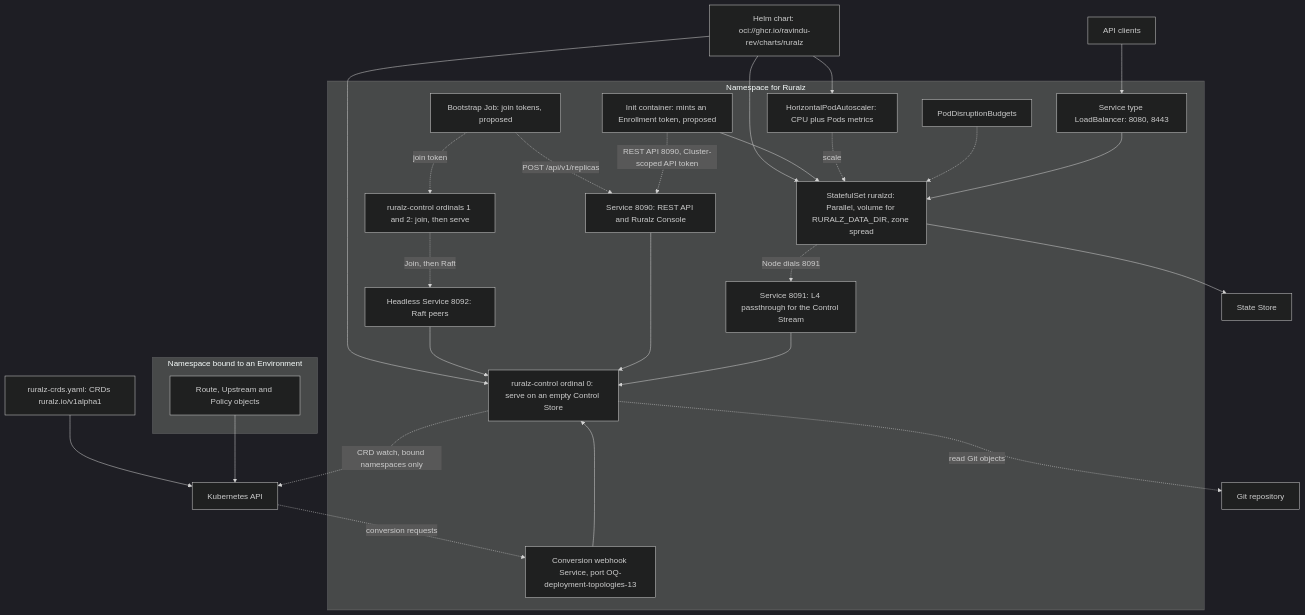
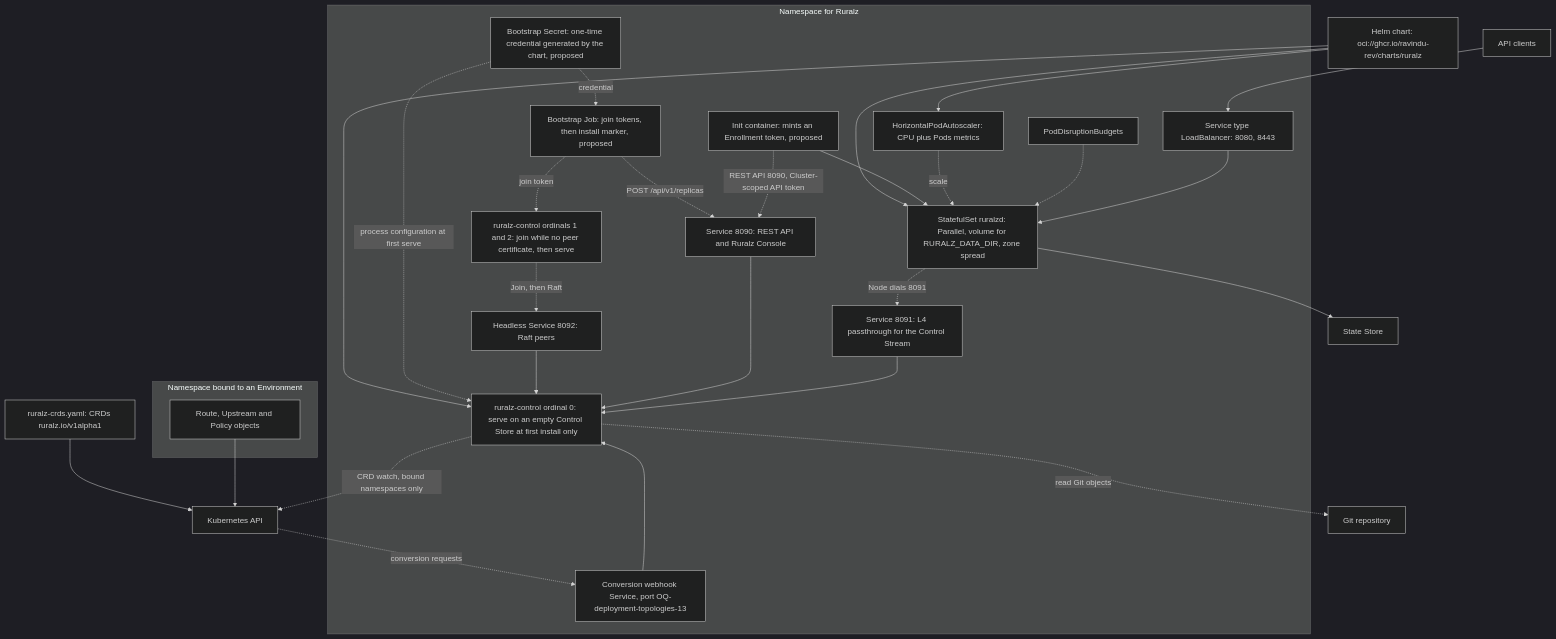
Before and after one commit to ravindu-rev/ruralz: the fourth of 7 diagrams in docs/operations/01-deployment-topologies.md, drawn with Mermaid (dark theme). The commit also changed other lines of this file and 12 other files, not shown here.

````diff
--- a/docs/operations/01-deployment-topologies.md
+++ b/docs/operations/01-deployment-topologies.md
@@ -209,49 +210,52 @@
 ```mermaid
 flowchart TB
     helm["Helm chart: oci://ghcr.io/ravindu-rev/charts/ruralz"]
     crds["ruralz-crds.yaml: CRDs ruralz.io/v1alpha1"]
     k8s["Kubernetes API"]
     git["Git repository"]
     clients["API clients"]
     subgraph sys["Namespace for Ruralz"]
-        c0["ruralz-control ordinal 0: serve on an empty Control Store"]
-        cn["ruralz-control ordinals 1 and 2: join, then serve"]
-        job["Bootstrap Job: join tokens, proposed"]
+        c0["ruralz-control ordinal 0: serve on an empty Control Store at first install only"]
+        cn["ruralz-control ordinals 1 and 2: join while no peer certificate, then serve"]
+        bsec["Bootstrap Secret: one-time credential generated by the chart, proposed"]
+        job["Bootstrap Job: join tokens, then install marker, proposed"]
         c90["Service 8090: REST API and Ruralz Console"]
         c91["Service 8091: L4 passthrough for the Control Stream"]
         c92["Headless Service 8092: Raft peers"]
         cwh["Conversion webhook Service, port OQ-deployment-topologies-13"]
         nst["StatefulSet ruralzd: Parallel, volume for RURALZ_DATA_DIR, zone spread"]
         init["Init container: mints an Enrollment token, proposed"]
         hpa["HorizontalPodAutoscaler: CPU plus Pods metrics"]
         pdb["PodDisruptionBudgets"]
         nlb["Service type LoadBalancer: 8080, 8443"]
     end
     subgraph app["Namespace bound to an Environment"]
         cr["Route, Upstream and Policy objects"]
     end
     ss["State Store"]
     helm --> c0
     helm --> nst
     helm --> hpa
     crds --> k8s
     cr --> k8s
+    bsec -.->|"process configuration at first serve"| c0
+    bsec -.->|"credential"| job
     job -.->|"POST /api/v1/replicas"| c90
     job -.->|"join token"| cn
     cn -.->|"Join, then Raft"| c92
     c92 --> c0
     c90 --> c0
     c91 --> c0
     k8s -.->|"conversion requests"| cwh
     cwh --> c0
     c0 -.->|"CRD watch, bound namespaces only"| k8s
     c0 -.->|"read Git objects"| git
     init -.->|"REST API 8090, Cluster-scoped API token"| c90
     init --> nst
     nst -.->|"Node dials 8091"| c91
     hpa -.->|"scale"| nst
     pdb -.-> nst
     clients --> nlb
     nlb --> nst
     nst --> ss
 ```
````
